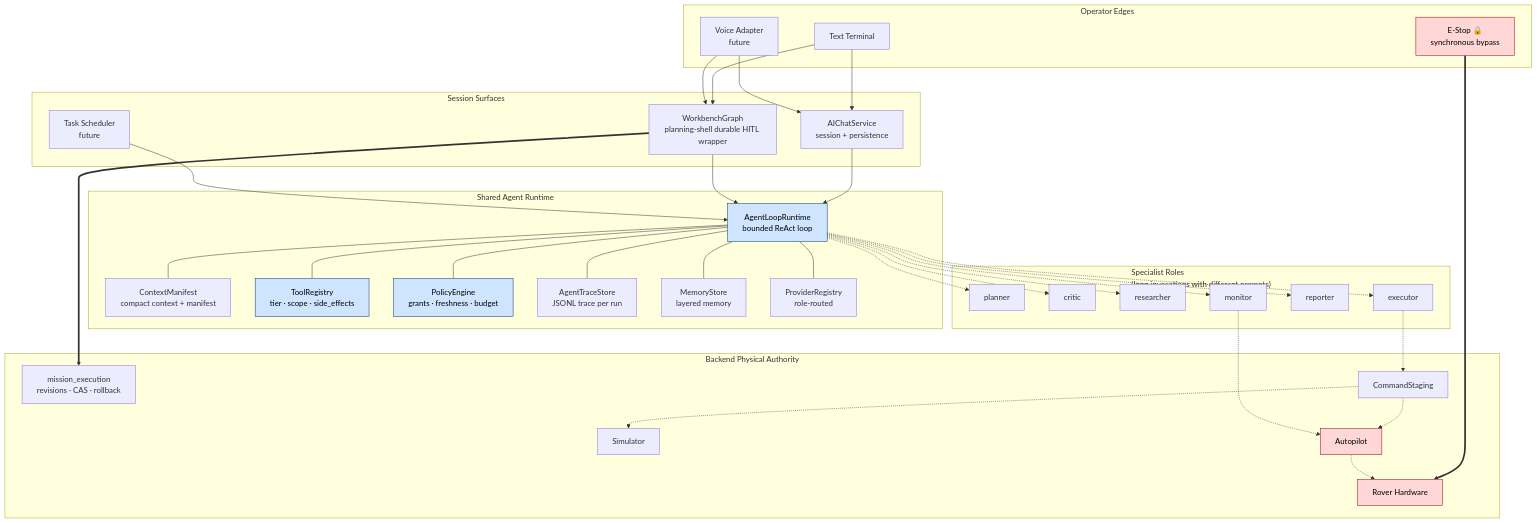
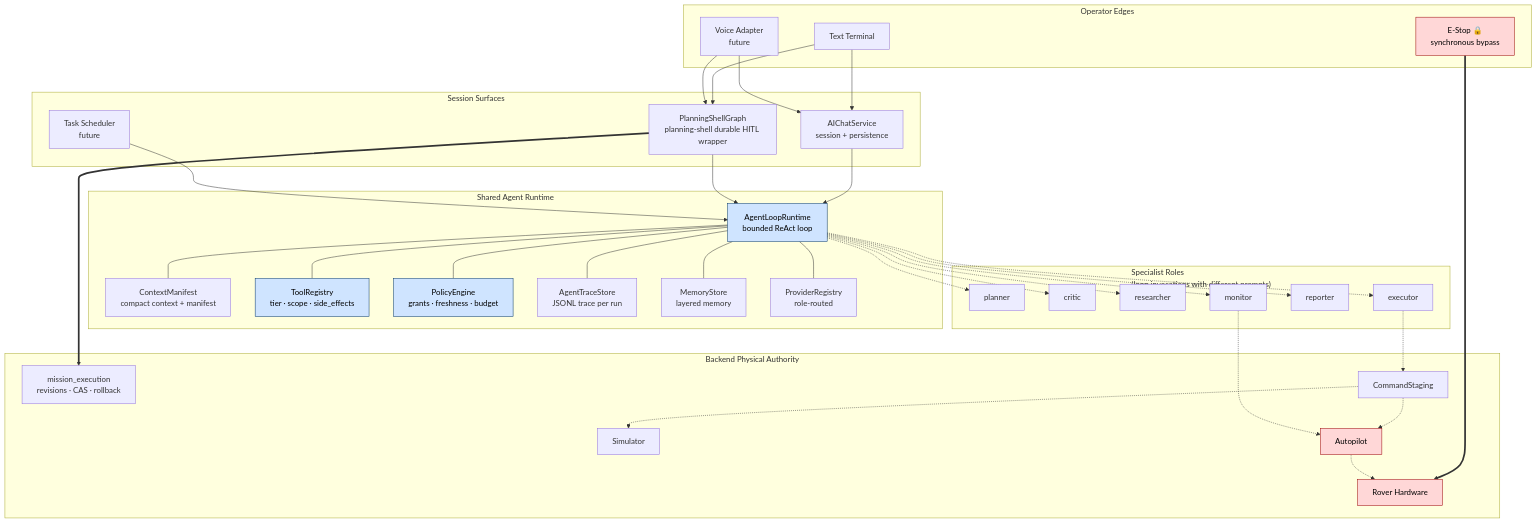
The first of 11 diagrams in docs/components/ai-agent/internals/graph-spec.md (vardan6/uxv-agent), drawn with Mermaid before and after one commit. The commit also changed other lines of this file and 57 other files, not shown here.

Commit message:
feat(gcs,ai): planning shell and terrain map improvements

````diff
--- a/docs/components/ai-agent/internals/graph-spec.md
+++ b/docs/components/ai-agent/internals/graph-spec.md
@@ -73,72 +73,72 @@
 ```mermaid
 flowchart TB
     subgraph Edge["Operator Edges"]
         TXT[Text Terminal]
         VC[Voice Adapter<br/>future]
         ES[E-Stop 🔒<br/>synchronous bypass]
     end
 
     subgraph Surfaces["Session Surfaces"]
         CHAT[AIChatService<br/>session + persistence]
-        SHELL[WorkbenchGraph<br/>planning-shell durable HITL wrapper]
+        SHELL[PlanningShellGraph<br/>planning-shell durable HITL wrapper]
         SCHED[Task Scheduler<br/>future]
     end
 
     subgraph Core["Shared Agent Runtime"]
         LOOP[AgentLoopRuntime<br/>bounded ReAct loop]
         CTX[ContextManifest<br/>compact context + manifest]
         REG[ToolRegistry<br/>tier · scope · side_effects]
         POL[PolicyEngine<br/>grants · freshness · budget]
         TRC[AgentTraceStore<br/>JSONL trace per run]
         MEM[MemoryStore<br/>layered memory]
         PRV[ProviderRegistry<br/>role-routed]
     end
 
     subgraph Roles["Specialist Roles<br/>(loop invocations with different prompts)"]
         PL[planner]
         CR[critic]
         RS[researcher]
         MN[monitor]
         RP[reporter]
         EX[executor]
     end
 
     subgraph Auth["Backend Physical Authority"]
         MX[mission_execution<br/>revisions · CAS · rollback]
         STG[CommandStaging]
         SIM[Simulator]
         APH[Autopilot]
         HW[Rover Hardware]
     end
 
     TXT --> CHAT
     TXT --> SHELL
     VC --> CHAT
     VC --> SHELL
     ES ===> HW
 
     CHAT --> LOOP
     SHELL --> LOOP
     SCHED --> LOOP
 
     LOOP --- CTX
     LOOP --- REG
     LOOP --- POL
     LOOP --- TRC
     LOOP --- MEM
     LOOP --- PRV
 
     LOOP -.-> PL & CR & RS & MN & RP & EX
 
     SHELL ==> MX
     EX -.-> STG
     STG -.-> SIM
     STG -.-> APH
     APH -.-> HW
     MN -.-> APH
 
     classDef hot fill:#ffd7d7,stroke:#900,color:#000
     classDef warm fill:#cfe4ff,stroke:#036,color:#000
     class ES,HW,APH hot
     class LOOP,REG,POL warm
 ```
````
